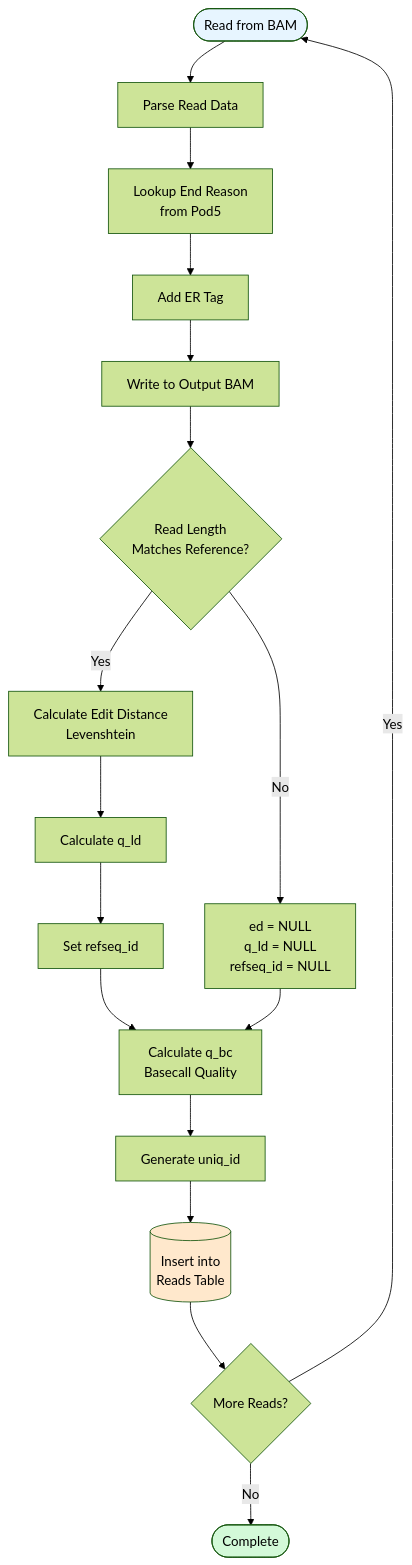
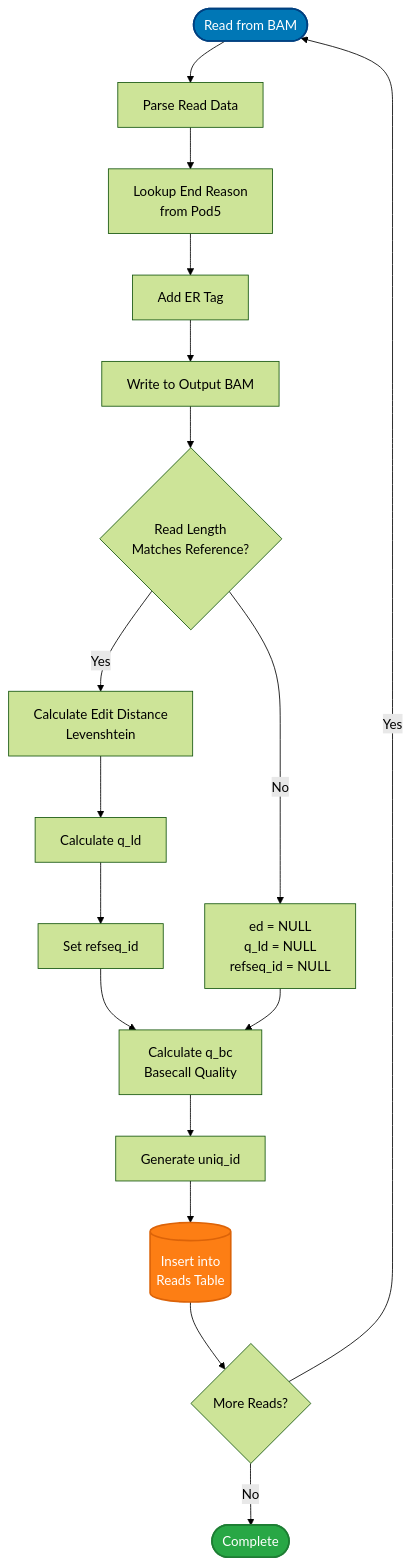
Before and after one commit to Single-Molecule-Sequencing/ONT-SMA-seq: the fourth of 7 diagrams in DIAGRAMS.md, drawn with Mermaid (forest theme). The commit also changed other lines of this file and 1 other file, not shown here.

Commit message:
Improve color scheme for better readability in diagrams

````diff
--- a/DIAGRAMS.md
+++ b/DIAGRAMS.md
@@ -119,28 +119,28 @@
 ```mermaid
 flowchart TD
     Start([Read from BAM]) --> Parse[Parse Read Data]
     Parse --> LookupER[Lookup End Reason<br/>from Pod5]
     LookupER --> TagER[Add ER Tag]
     TagER --> WriteOut[Write to Output BAM]
     WriteOut --> CheckLen{Read Length<br/>Matches Reference?}
     
     CheckLen -->|Yes| CalcED[Calculate Edit Distance<br/>Levenshtein]
     CheckLen -->|No| SetNull[ed = NULL<br/>q_ld = NULL<br/>refseq_id = NULL]
     
     CalcED --> CalcQLD[Calculate q_ld]
     CalcQLD --> SetRef[Set refseq_id]
     
     SetRef --> CalcQBC[Calculate q_bc<br/>Basecall Quality]
     SetNull --> CalcQBC
     
     CalcQBC --> GenID[Generate uniq_id]
     GenID --> InsertDB[(Insert into<br/>Reads Table)]
     InsertDB --> Next{More Reads?}
     
     Next -->|Yes| Start
     Next -->|No| Done([Complete])
     
-    style Start fill:#e7f5ff
-    style Done fill:#d3f9d8
-    style InsertDB fill:#ffe8cc
+    style Start fill:#0077b6,stroke:#004080,stroke-width:2px,color:#fff
+    style Done fill:#28a745,stroke:#1e7e34,stroke-width:2px,color:#fff
+    style InsertDB fill:#fd7e14,stroke:#dc6308,stroke-width:2px,color:#fff
 ```
````
